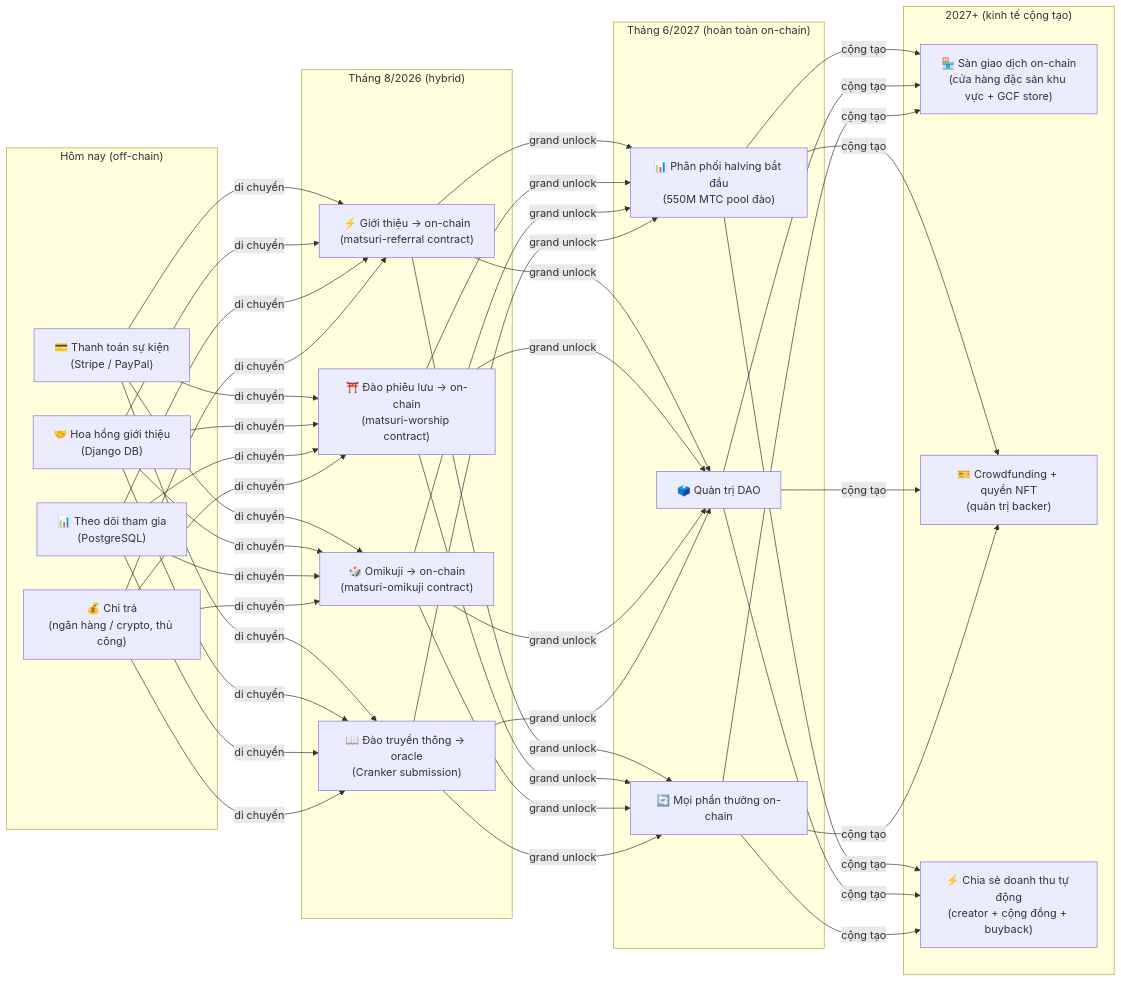
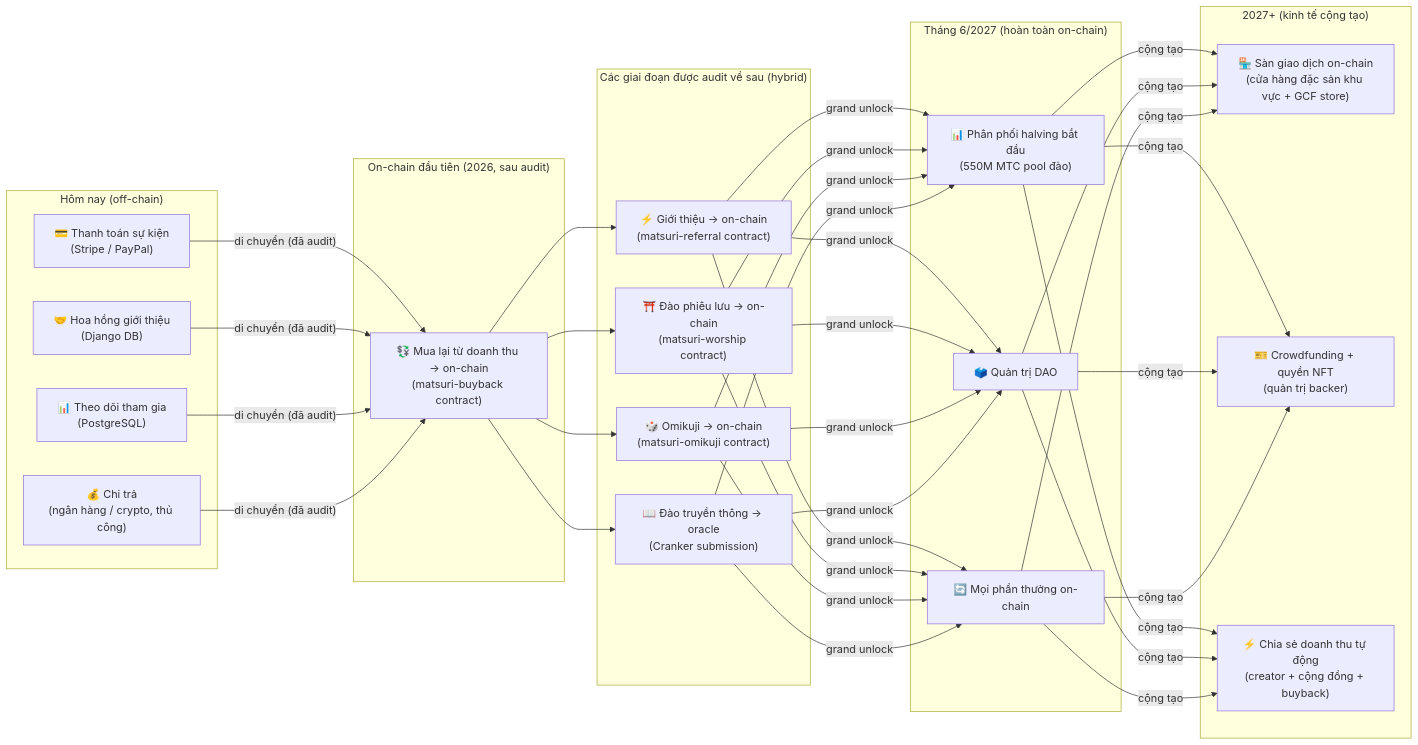
One commit to Cootakahashi/matsuri-dao-whitepaper changed the fourth of 4 diagrams in i18n/vi/docusaurus-plugin-content-docs/current/04-mining.md. Above: the diagram before and after it, drawn with Mermaid. The commit also changed other lines of this file and 79 other files, not shown here.

First line of the commit message:
docs: re-sequence on-chain roadmap to match the staged Hashlock audit (20 locales)

````diff
--- a/i18n/vi/docusaurus-plugin-content-docs/current/04-mining.md
+++ b/i18n/vi/docusaurus-plugin-content-docs/current/04-mining.md
@@ -334,28 +344,32 @@
 ```mermaid
 graph LR
     subgraph "Hôm nay (off-chain)"
         O1["💳 Thanh toán sự kiện\n(Stripe / PayPal)"]
         O2["🤝 Hoa hồng giới thiệu\n(Django DB)"]
         O3["📊 Theo dõi tham gia\n(PostgreSQL)"]
         O4["💰 Chi trả\n(ngân hàng / crypto, thủ công)"]
     end
-    subgraph "Tháng 8/2026 (hybrid)"
+    subgraph "On-chain đầu tiên (2026, sau audit)"
+        H0["💱 Mua lại từ doanh thu → on-chain\n(matsuri-buyback contract)"]
+    end
+    subgraph "Các giai đoạn được audit về sau (hybrid)"
         H1["⚡ Giới thiệu → on-chain\n(matsuri-referral contract)"]
         H2["⛩️ Đào phiêu lưu → on-chain\n(matsuri-worship contract)"]
         H3["🎲 Omikuji → on-chain\n(matsuri-omikuji contract)"]
         H4["📖 Đào truyền thông → oracle\n(Cranker submission)"]
     end
     subgraph "Tháng 6/2027 (hoàn toàn on-chain)"
         F1["📊 Phân phối halving bắt đầu\n(550M MTC pool đào)"]
         F2["🗳️ Quản trị DAO"]
         F3["🔄 Mọi phần thưởng on-chain"]
     end
     subgraph "2027+ (kinh tế cộng tạo)"
         G1["🏪 Sàn giao dịch on-chain\n(cửa hàng đặc sản khu vực + GCF store)"]
         G2["🎫 Crowdfunding + quyền NFT\n(quản trị backer)"]
         G3["⚡ Chia sẻ doanh thu tự động\n(creator + cộng đồng + buyback)"]
     end
-    O1 & O2 & O3 & O4 -->|"di chuyển"| H1 & H2 & H3 & H4
+    O1 & O2 & O3 & O4 -->|"di chuyển (đã audit)"| H0
+    H0 --> H1 & H2 & H3 & H4
     H1 & H2 & H3 & H4 -->|"grand unlock"| F1 & F2 & F3
     F1 & F2 & F3 -->|"cộng tạo"| G1 & G2 & G3
 ```
````
